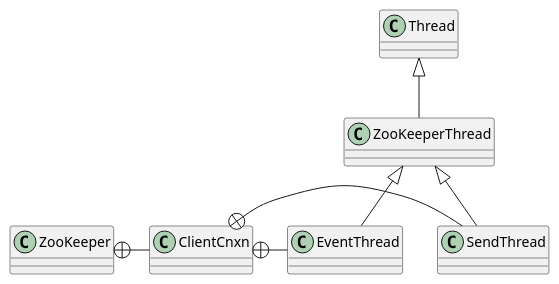
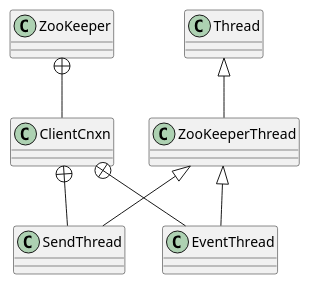
The diagram in 30-distributed/src/zookeeper/README.md (onlyonion/development), drawn with PlantUML before and after one commit. The commit also changed 13 other files, not shown here.

````diff
--- a/30-distributed/src/zookeeper/README.md
+++ b/30-distributed/src/zookeeper/README.md
@@ -7,15 +7,15 @@
 ```plantuml
 @startuml
 
-ZooKeeper +- ClientCnxn
+ZooKeeper +-- ClientCnxn
 
-ClientCnxn +- SendThread
+ClientCnxn +-- SendThread
 
-ClientCnxn +- EventThread
+ClientCnxn +-- EventThread
 
 Thread <|-- ZooKeeperThread
 ZooKeeperThread <|-- SendThread
 ZooKeeperThread <|-- EventThread
 
 @enduml
 ```
````
